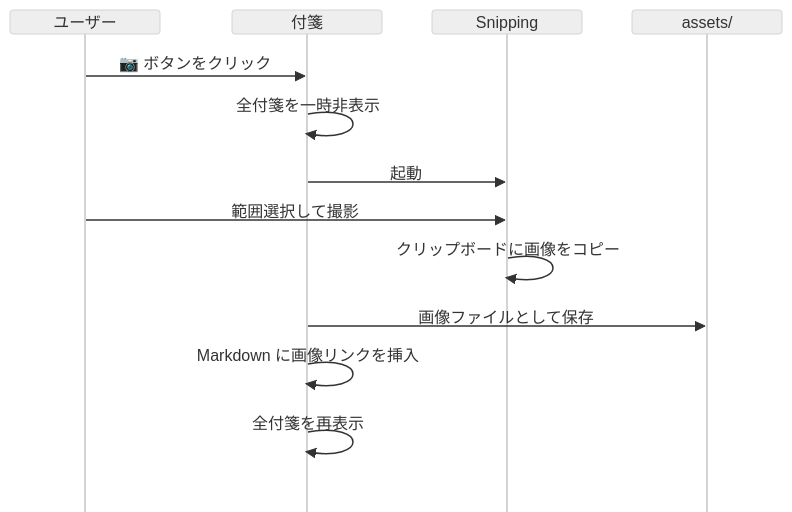
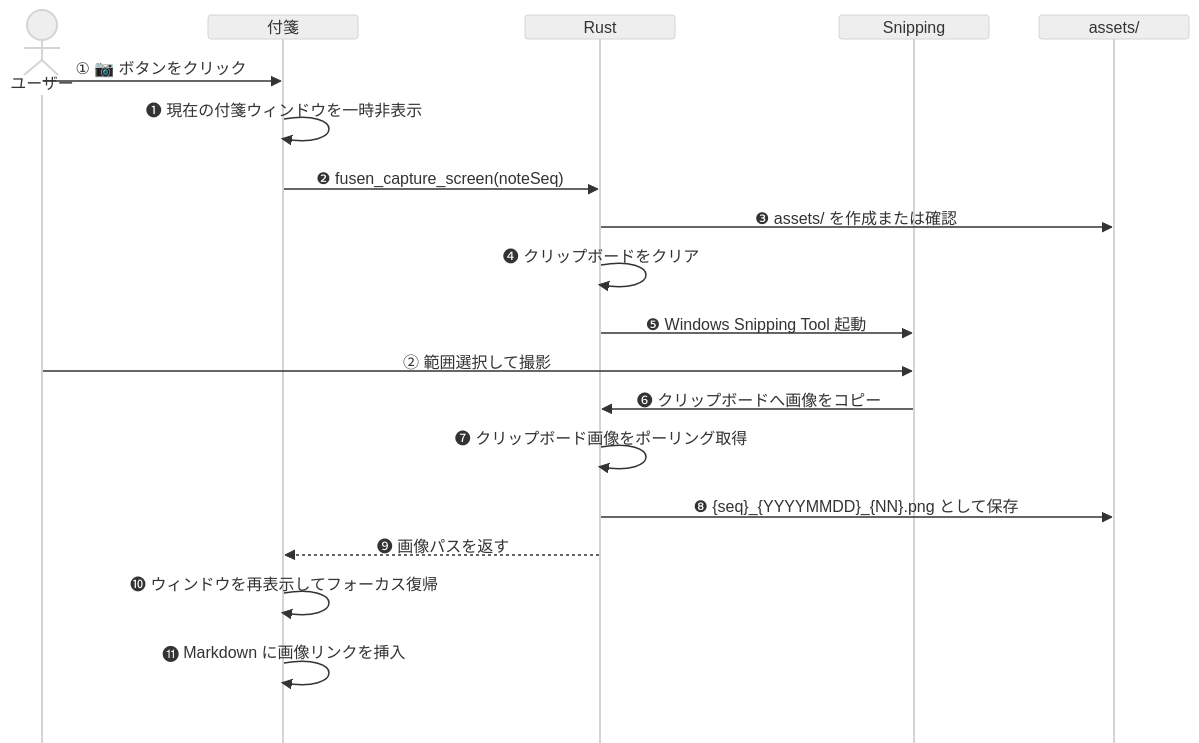
Before and after one commit to ore-no-fusen/ore-no-fusen: the sixth of 8 diagrams in docs-v2/002_PC.md, drawn with Mermaid (neutral theme). The commit also changed other lines of this file and 32 other files, not shown here.

````diff
--- a/docs-v2/002_PC.md
+++ b/docs-v2/002_PC.md
@@ -416,17 +435,23 @@
 ```mermaid
 %%{init: {'sequence': {'messageMargin': 8, 'mirrorActors': false, 'height': 24, 'boxMargin': 4, 'noteMargin': 6}}}%%
 sequenceDiagram
-    participant U as ユーザー
+    actor U as ユーザー
     participant F as 付箋
+    participant R as Rust
     participant S as Snipping
     participant A as assets/
 
-    U->>F: 📷 ボタンをクリック
-    F->>F: 全付箋を一時非表示
-    F->>S: 起動
-    U->>S: 範囲選択して撮影
-    S->>S: クリップボードに画像をコピー
-    F->>A: 画像ファイルとして保存
-    F->>F: Markdown に画像リンクを挿入
-    F->>F: 全付箋を再表示
+    U->>F: ① 📷 ボタンをクリック
+    F->>F: ❶ 現在の付箋ウィンドウを一時非表示
+    F->>R: ❷ fusen_capture_screen(noteSeq)
+    R->>A: ❸ assets/ を作成または確認
+    R->>R: ❹ クリップボードをクリア
+    R->>S: ❺ Windows Snipping Tool 起動
+    U->>S: ② 範囲選択して撮影
+    S->>R: ❻ クリップボードへ画像をコピー
+    R->>R: ❼ クリップボード画像をポーリング取得
+    R->>A: ❽ {seq}_{YYYYMMDD}_{NN}.png として保存
+    R-->>F: ❾ 画像パスを返す
+    F->>F: ❿ ウィンドウを再表示してフォーカス復帰
+    F->>F: ⓫ Markdown に画像リンクを挿入
 ```
````
